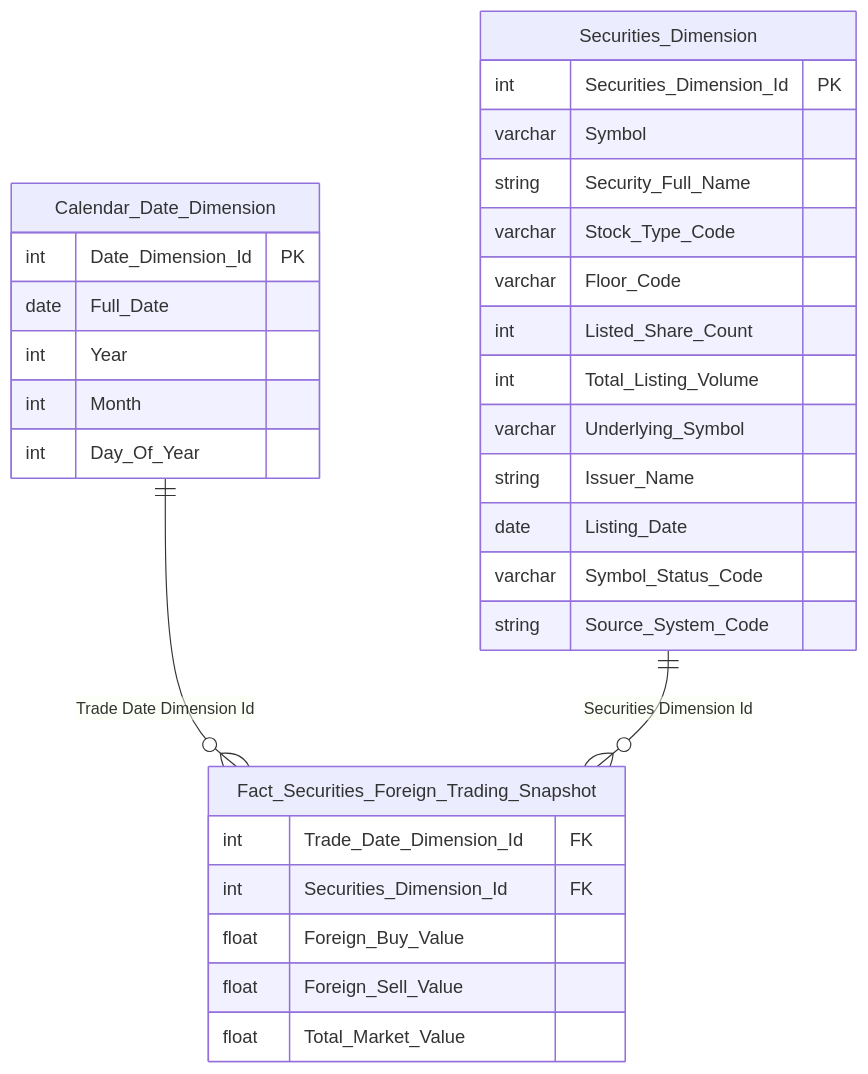
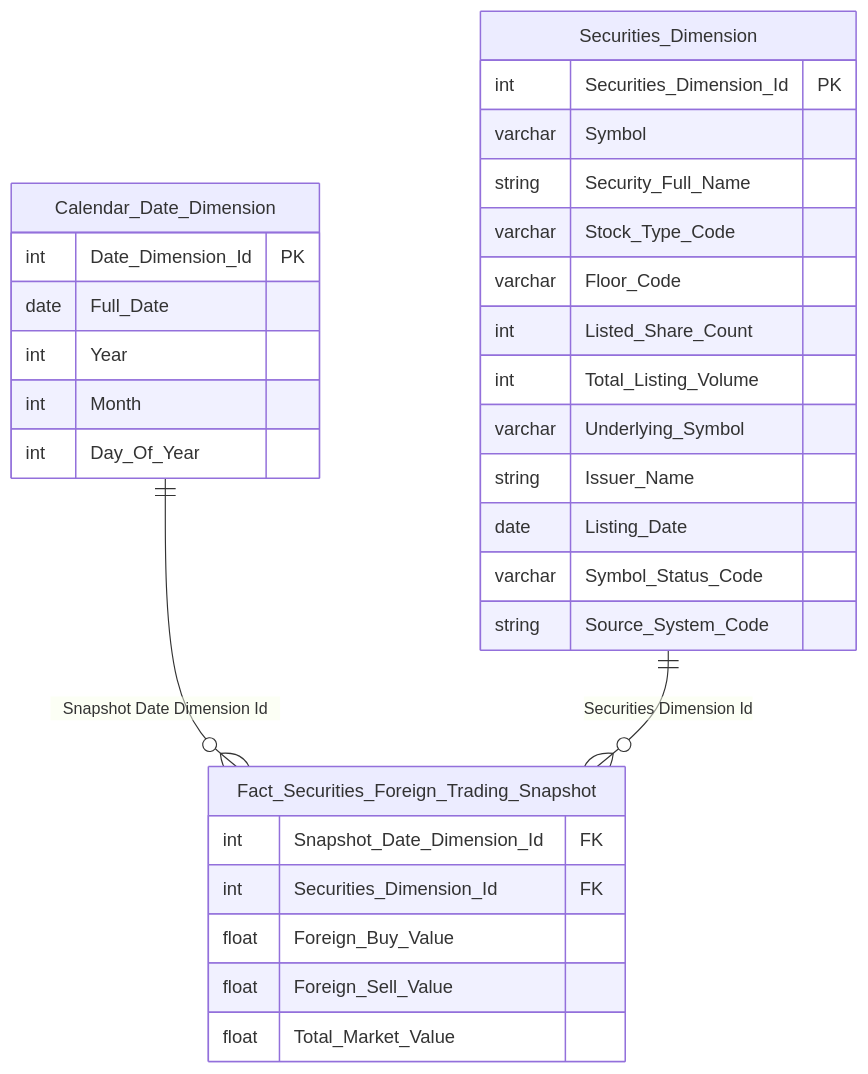
Before and after one commit to linhlvit/ubck_atomic_design: the eighth of 26 diagrams in Datamart/hld/DTM_NDTNN_HLD.md, drawn with Mermaid. The commit also changed other lines of this file and 8 other files, not shown here.

````diff
--- a/Datamart/hld/DTM_NDTNN_HLD.md
+++ b/Datamart/hld/DTM_NDTNN_HLD.md
@@ -336,34 +336,34 @@
 ```mermaid
 erDiagram
     Calendar_Date_Dimension {
         int Date_Dimension_Id PK
         date Full_Date
         int Year
         int Month
         int Day_Of_Year
     }
     Securities_Dimension {
         int Securities_Dimension_Id PK
         varchar Symbol
         string Security_Full_Name
         varchar Stock_Type_Code
         varchar Floor_Code
         int Listed_Share_Count
         int Total_Listing_Volume
         varchar Underlying_Symbol
         string Issuer_Name
         date Listing_Date
         varchar Symbol_Status_Code
         string Source_System_Code
     }
     Fact_Securities_Foreign_Trading_Snapshot {
-        int Trade_Date_Dimension_Id FK
+        int Snapshot_Date_Dimension_Id FK
         int Securities_Dimension_Id FK
         float Foreign_Buy_Value
         float Foreign_Sell_Value
         float Total_Market_Value
     }
 
-    Calendar_Date_Dimension ||--o{ Fact_Securities_Foreign_Trading_Snapshot : "Trade Date Dimension Id"
+    Calendar_Date_Dimension ||--o{ Fact_Securities_Foreign_Trading_Snapshot : "Snapshot Date Dimension Id"
     Securities_Dimension ||--o{ Fact_Securities_Foreign_Trading_Snapshot : "Securities Dimension Id"
 ```
````
